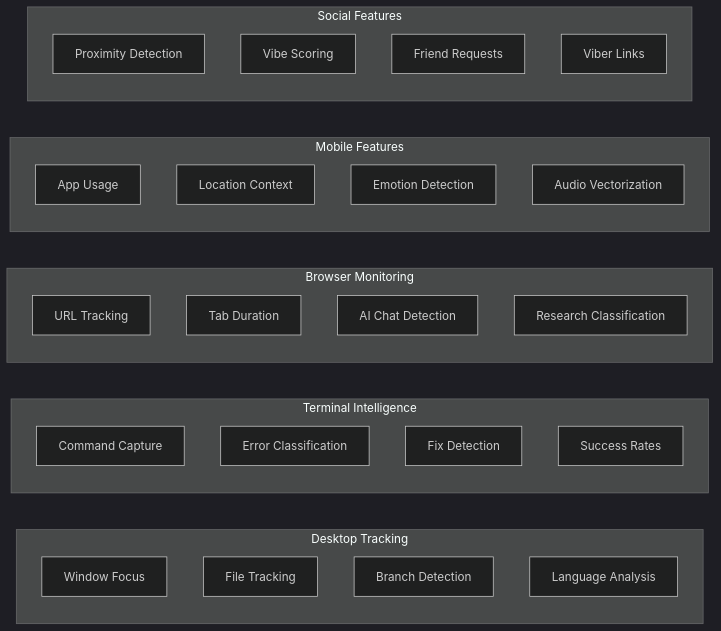
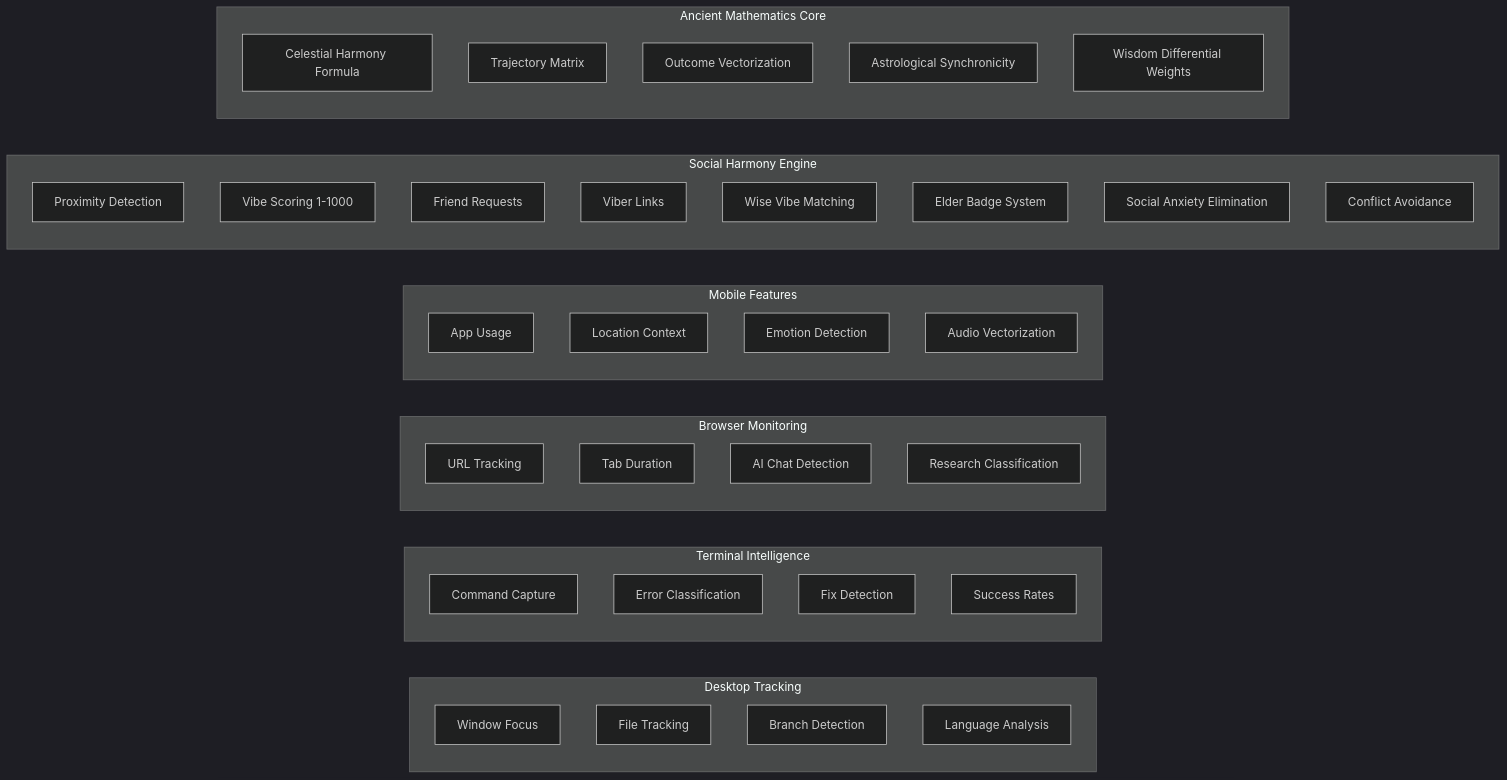
Before and after one commit to Tim-Spurlin/iVibe.live-Pro: the second of 12 diagrams in README.md, drawn with Mermaid (dark theme). The commit also changed other lines of this file, not shown here.

Commit message:
Add advanced mathematical scheduling engine with ancient Chinese mathematics

````diff
--- a/README.md
+++ b/README.md
@@ -131,37 +173,49 @@
 ```mermaid
 graph LR
     subgraph "Desktop Tracking"
         DT[Window Focus]
         DF[File Tracking]
         DB[Branch Detection]
         DL[Language Analysis]
     end
     
     subgraph "Terminal Intelligence"
         TC[Command Capture]
         TE[Error Classification]
         TF[Fix Detection]
         TS[Success Rates]
     end
     
     subgraph "Browser Monitoring"
         BU[URL Tracking]
         BT[Tab Duration]
         BA[AI Chat Detection]
         BR[Research Classification]
     end
     
     subgraph "Mobile Features"
         MA[App Usage]
         ML[Location Context]
         ME[Emotion Detection]
         MV[Audio Vectorization]
     end
     
-    subgraph "Social Features"
+    subgraph "Social Harmony Engine"
         VP[Proximity Detection]
-        VS[Vibe Scoring]
+        VS[Vibe Scoring 1-1000]
         VR[Friend Requests]
         VL[Viber Links]
+        WV[Wise Vibe Matching]
+        EB[Elder Badge System]
+        SA[Social Anxiety Elimination]
+        CF[Conflict Avoidance]
+    end
+    
+    subgraph "Ancient Mathematics Core"
+        AM[Celestial Harmony Formula]
+        TM[Trajectory Matrix]
+        OV[Outcome Vectorization]
+        AS[Astrological Synchronicity]
+        WF[Wisdom Differential Weights]
     end
 ```
````
